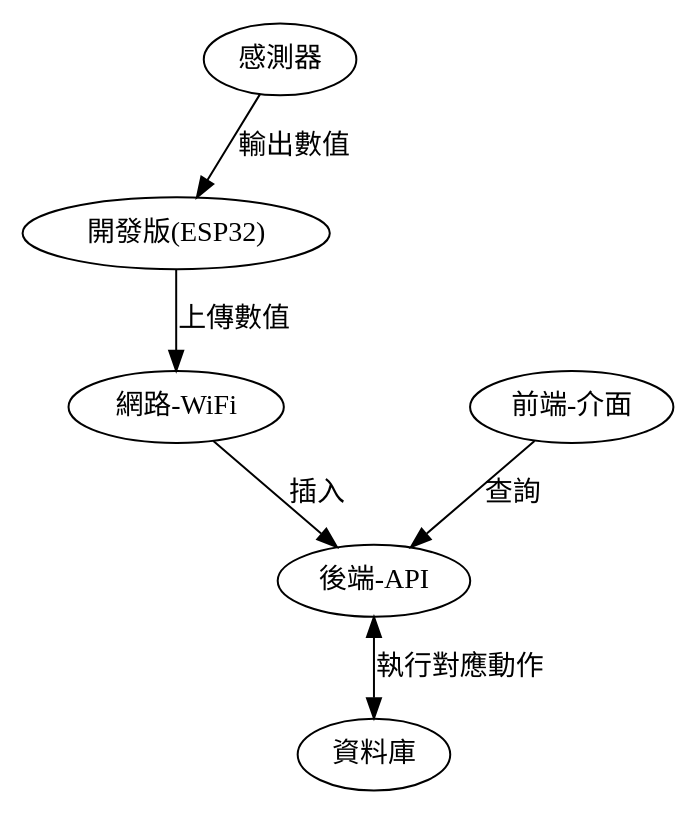
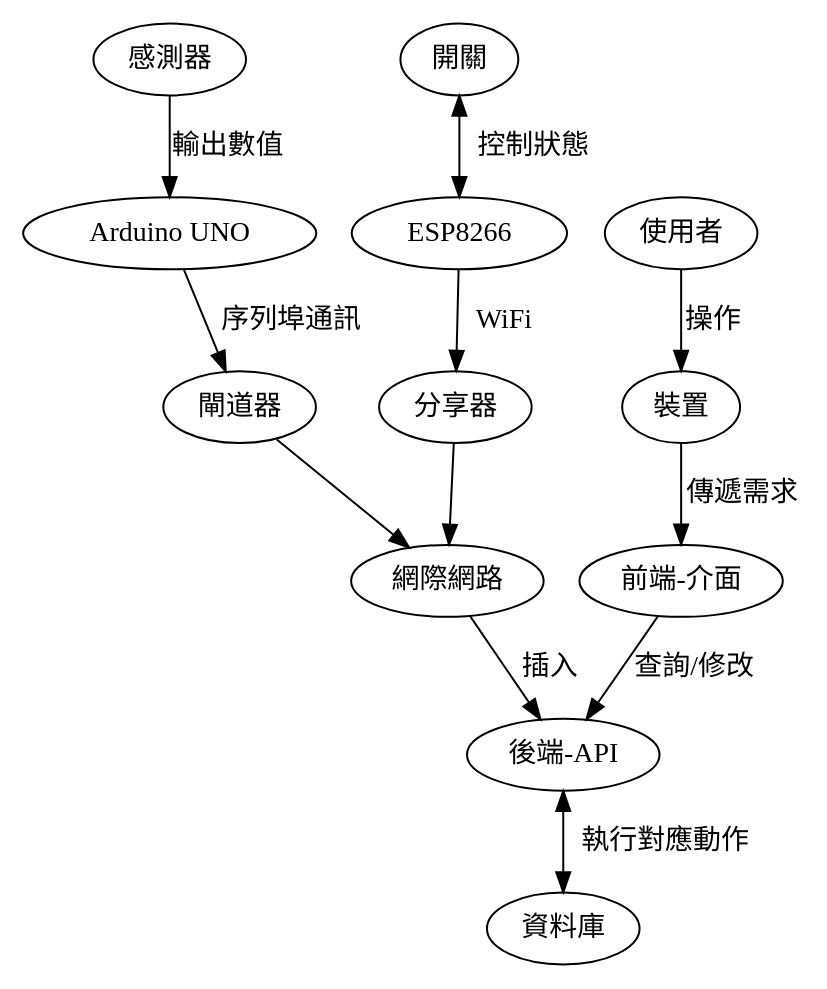
One commit to neko0xff/2023_schoolResearch_Server-HW changed the diagram in doc/markdown/00-運作過程.md. Above: the diagram before and after it, drawn with Graphviz. The commit also changed other lines of this file and 1 other file, not shown here.

Commit message:
20240426 update3

````diff
--- a/doc/markdown/00-運作過程.md
+++ b/doc/markdown/00-運作過程.md
@@ -5,18 +5,28 @@
 ```graphviz
 digraph TD{
    A[label="感測器"];
-   B[label="開發版(ESP32)"];
-   C[label="網路-WiFi"];
+   B[label="Arduino UNO"];
+   C[label="網際網路"];
    D[label="後端-API"];
    E[label="資料庫"];
    F[label="前端-介面"];
-   null[style="invis"];
-   A->B [label= "輸出數值" ];
-   A->null[style="invis"];
-   B->C [label= "上傳數值"];
-   B->null[style="invis"];
-   C->D[label="插入"]; 
-   D->E[dir=both label="執行對應動作"];
-   F->D [label= "查詢"];
+   G[label="使用者"];
+   H[label="裝置"];
+   I[label="開關"];
+   J[label="閘道器"];
+   K[label="分享器"];
+   L[label="ESP8266"];
+   
+   A->B[label="輸出數值"];
+   B->J[label="  序列埠通訊"]
+   J->C
+   C->D[label="  插入"]; 
+   D->E[dir=both label="   執行對應動作"];
+   F->D[label=" 查詢/修改"];
+   G->H[label=" 操作"];
+   H->F[label=" 傳遞需求"];
+   I->L[dir=both label="   控制狀態"];
+   L->K[label="  WiFi"];
+   K->C;
 }
 ```
````
